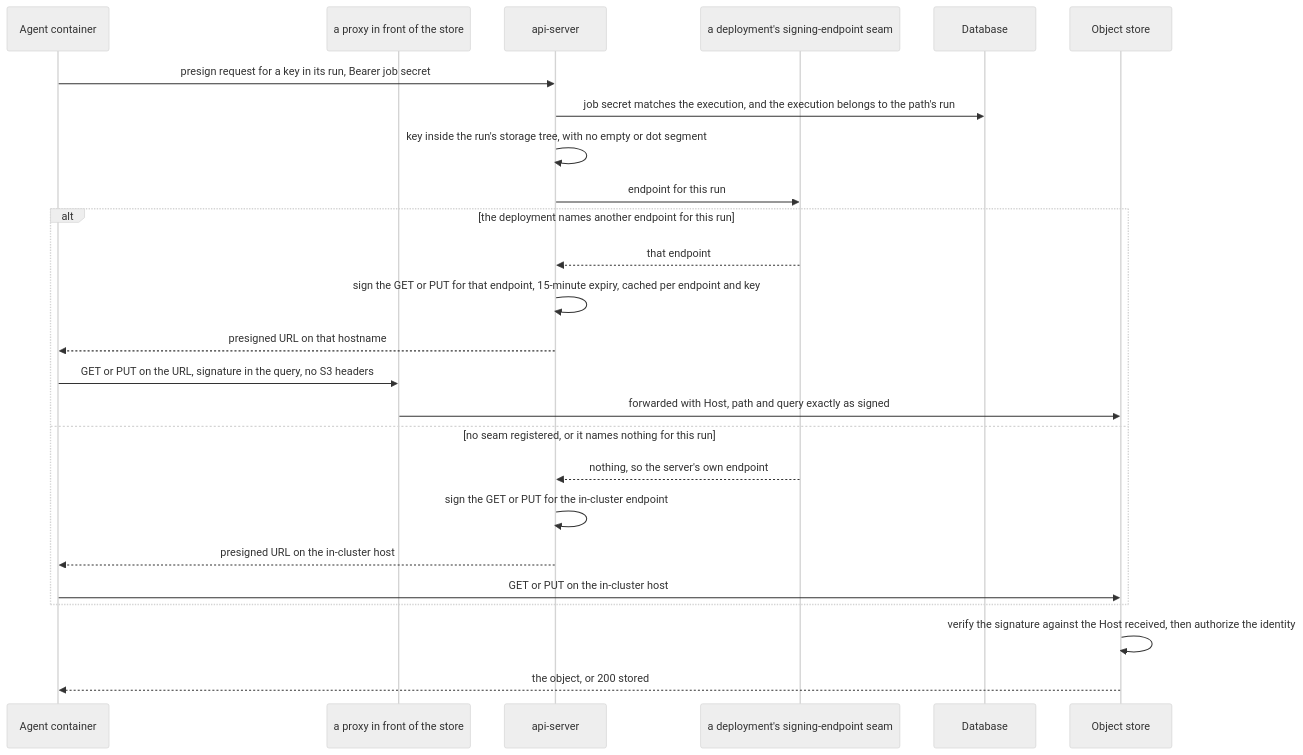
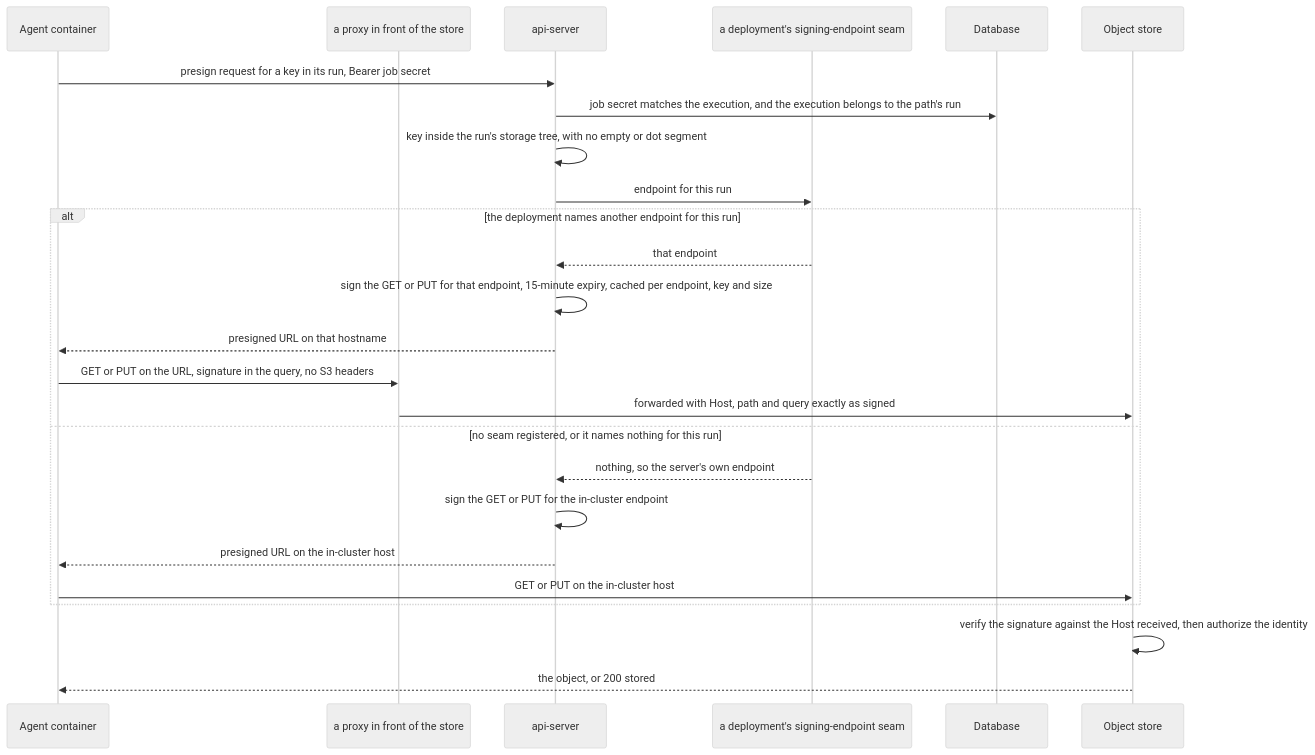
One commit to dangtrivan15/choruskube changed the first of 4 diagrams in ARCHITECTURE.md. Above: the diagram before and after it, drawn with Mermaid (neutral theme). The commit also changed other lines of this file and 8 other files, not shown here.

````diff
--- a/ARCHITECTURE.md
+++ b/ARCHITECTURE.md
@@ -262,28 +262,28 @@
 ```mermaid
 sequenceDiagram
   participant A as Agent container
   participant P as a proxy in front of the store
   participant API as api-server
   participant R as a deployment's signing-endpoint seam
   participant D as Database
   participant S as Object store
 
   A->>API: presign request for a key in its run, Bearer job secret
   API->>D: job secret matches the execution, and the execution belongs to the path's run
   API->>API: key inside the run's storage tree, with no empty or dot segment
   API->>R: endpoint for this run
   alt the deployment names another endpoint for this run
     R-->>API: that endpoint
-    API->>API: sign the GET or PUT for that endpoint, 15-minute expiry, cached per endpoint and key
+    API->>API: sign the GET or PUT for that endpoint, 15-minute expiry, cached per endpoint, key and size
     API-->>A: presigned URL on that hostname
     A->>P: GET or PUT on the URL, signature in the query, no S3 headers
     P->>S: forwarded with Host, path and query exactly as signed
   else no seam registered, or it names nothing for this run
     R-->>API: nothing, so the server's own endpoint
     API->>API: sign the GET or PUT for the in-cluster endpoint
     API-->>A: presigned URL on the in-cluster host
     A->>S: GET or PUT on the in-cluster host
   end
   S->>S: verify the signature against the Host received, then authorize the identity
   S-->>A: the object, or 200 stored
 ```
````
